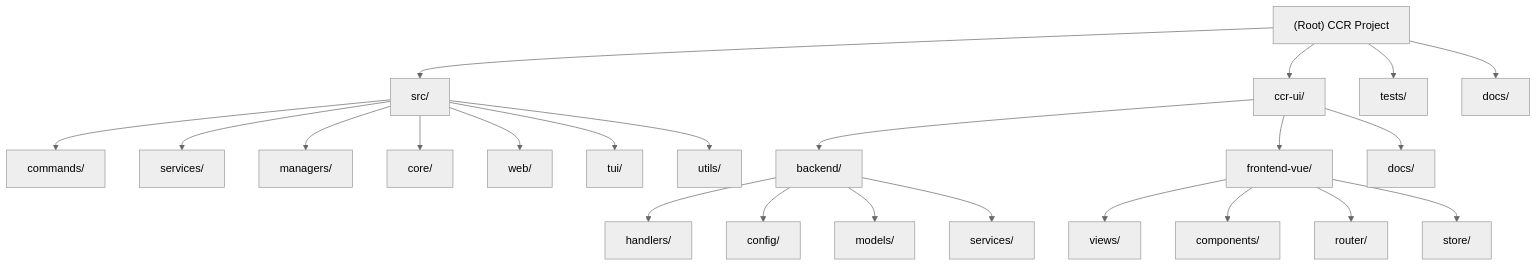
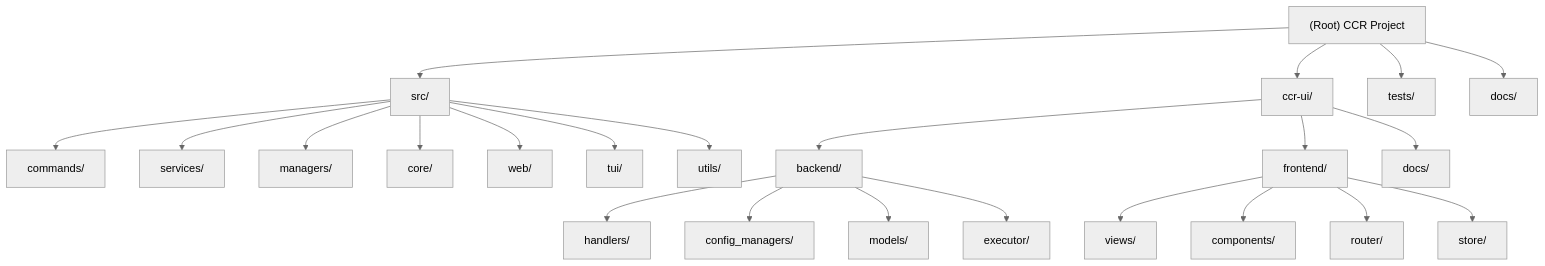
The diagram in CLAUDE.md (bahayonghang/ccr), drawn with Mermaid (neutral theme) before and after one commit. The commit also changed other lines of this file and 164 other files, not shown here.

First line of the commit message:
refactor(frontend)!: ♻️ 将前端框架从 Next.js 迁移至 Vue.js 3 + Vite

````diff
--- a/CLAUDE.md
+++ b/CLAUDE.md
@@ -46,34 +47,34 @@
 ```mermaid
 graph TD
     A["(Root) CCR Project"] --> B["src/"];
     A --> C["ccr-ui/"];
     A --> D["tests/"];
     A --> E["docs/"];
 
     B --> B1["commands/"];
     B --> B2["services/"];
     B --> B3["managers/"];
     B --> B4["core/"];
     B --> B5["web/"];
     B --> B6["tui/"];
     B --> B7["utils/"];
 
     C --> C1["backend/"];
-    C --> C2["frontend-vue/"];
+    C --> C2["frontend/"];
     C --> C3["docs/"];
 
     C1 --> C1A["handlers/"];
-    C1 --> C1B["config/"];
+    C1 --> C1B["config_managers/"];
     C1 --> C1C["models/"];
-    C1 --> C1D["services/"];
+    C1 --> C1D["executor/"];
 
     C2 --> C2A["views/"];
     C2 --> C2B["components/"];
     C2 --> C2C["router/"];
     C2 --> C2D["store/"];
 
     click B "./src/CLAUDE.md" "View src module docs"
     click C "./ccr-ui/CLAUDE.md" "View ccr-ui module docs"
     click C1 "./ccr-ui/backend/CLAUDE.md" "View backend module docs"
-    click C2 "./ccr-ui/frontend-vue/CLAUDE.md" "View frontend module docs"
+    click C2 "./ccr-ui/frontend/CLAUDE.md" "View frontend module docs"
 ```
````
